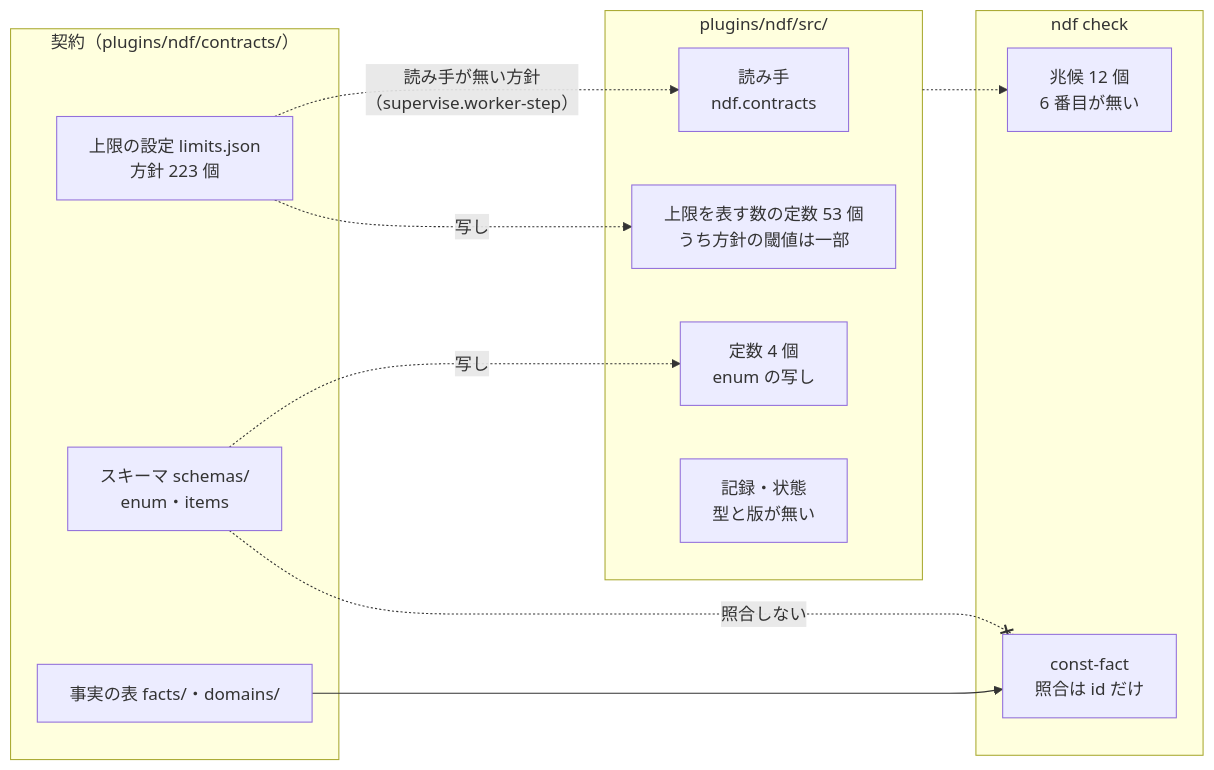
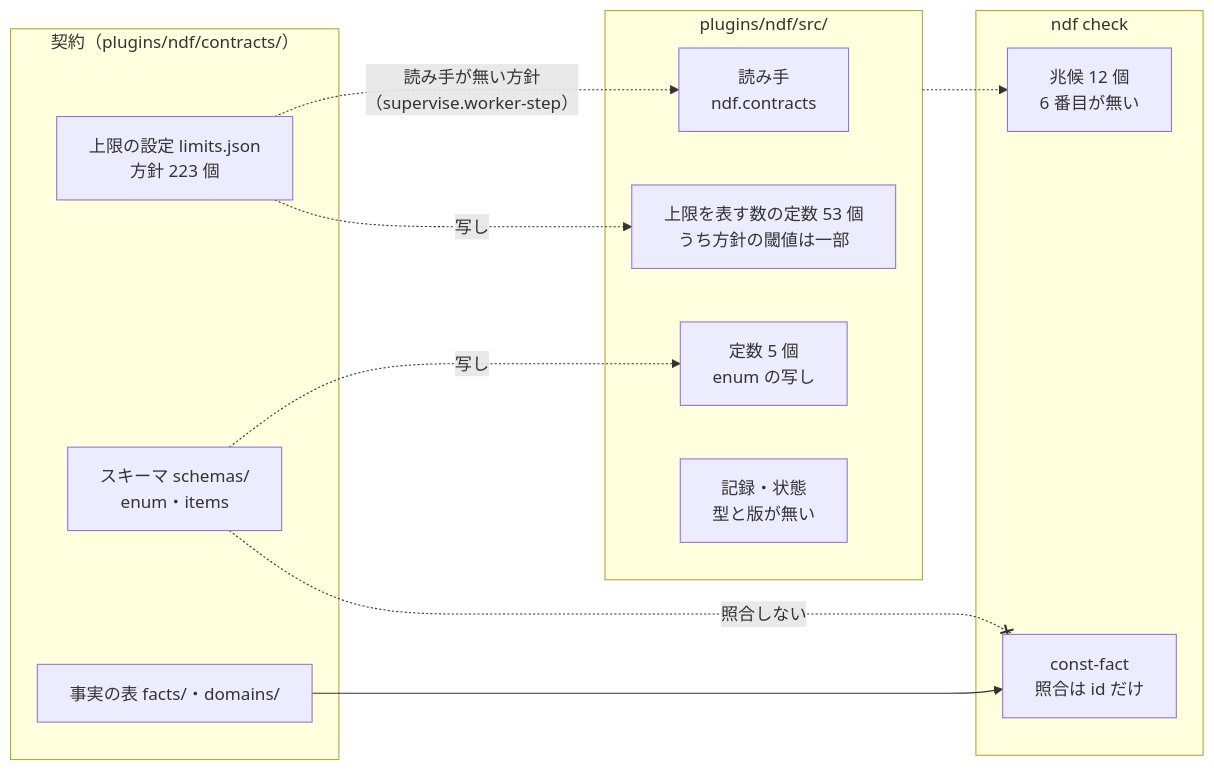
The first of 4 diagrams in issues/issue-3684-3667-2339-design.md (devbasex/ai-plugins), drawn with Mermaid before and after one commit. The commit also changed other lines of this file and 1 other file, not shown here.

````diff
--- a/issues/issue-3684-3667-2339-design.md
+++ b/issues/issue-3684-3667-2339-design.md
@@ -17,24 +17,24 @@
 ```mermaid
 flowchart LR
   subgraph 正本["契約（plugins/ndf/contracts/）"]
     L["上限の設定 limits.json<br/>方針 223 個"]
     S["スキーマ schemas/<br/>enum・items"]
     F["事実の表 facts/・domains/"]
   end
   subgraph コード["plugins/ndf/src/"]
     R["読み手<br/>ndf.contracts"]
-    C["定数 4 個<br/>enum の写し"]
+    C["定数 5 個<br/>enum の写し"]
     T["上限を表す数の定数 53 個<br/>うち方針の閾値は一部"]
     N["記録・状態<br/>型と版が無い"]
   end
   subgraph 検査["ndf check"]
     CF["const-fact<br/>照合は id だけ"]
     SM["兆候 12 個<br/>6 番目が無い"]
   end
   L -. "読み手が無い方針<br/>（supervise.worker-step）" .-> R
   S -. "写し" .-> C
   L -. "写し" .-> T
   F --> CF
   S -. "照合しない" .-x CF
   コード -.-> SM
 ```
````
